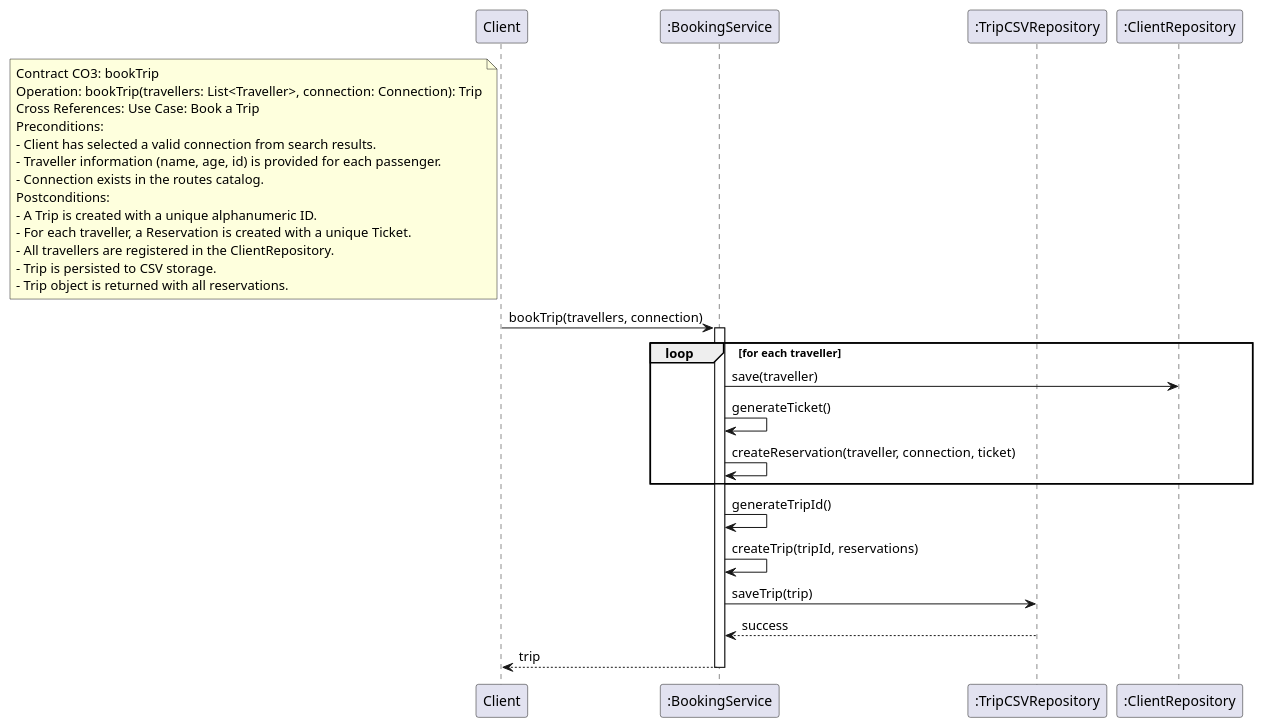
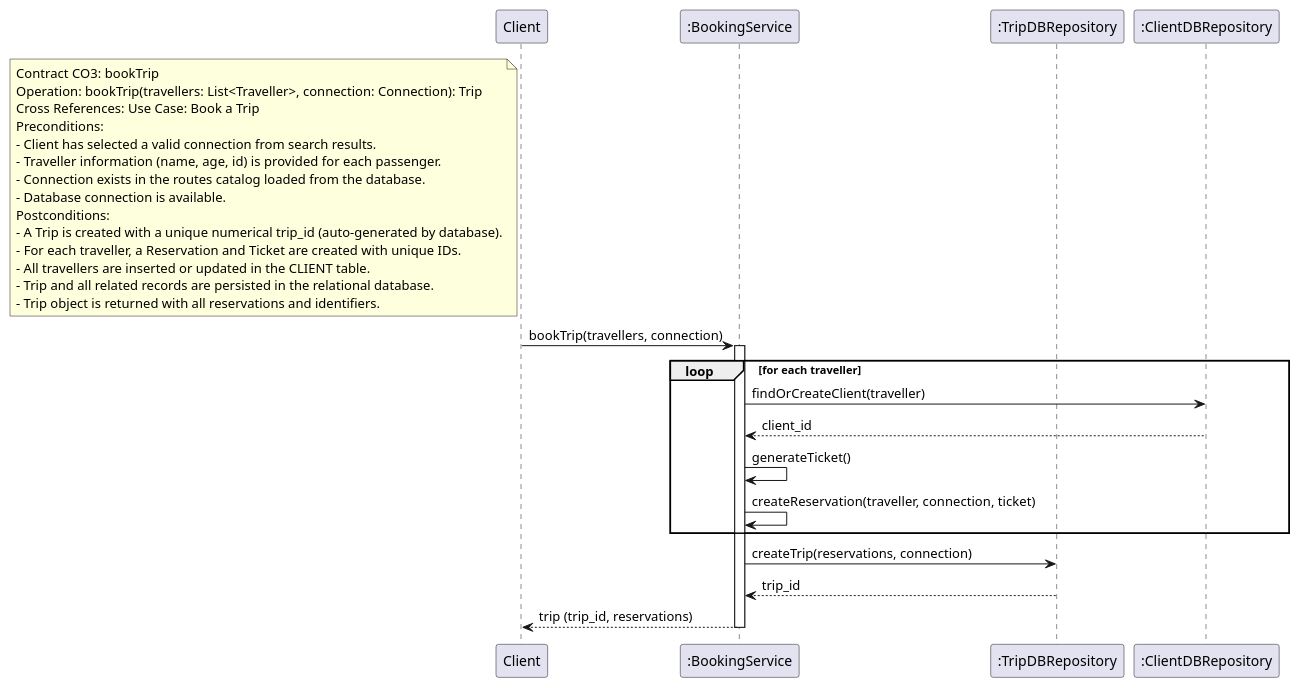
The diagram in artifacts/Iteration3/ssd/ssdco3.pu (antholim/SOEN342), drawn with PlantUML before and after one commit. The commit also changed 10 other files, not shown here.

Commit message:
Updated the contracts and all diagrams

```diff
--- a/artifacts/Iteration3/ssd/ssdco3.pu
+++ b/artifacts/Iteration3/ssd/ssdco3.pu
@@ -1,39 +1,39 @@
 @startuml
 participant Client
 participant ":BookingService"
-participant ":TripCSVRepository"
-participant ":ClientRepository"
+participant ":TripDBRepository"
+participant ":ClientDBRepository"
 
 note left of Client
 Contract CO3: bookTrip
 Operation: bookTrip(travellers: List<Traveller>, connection: Connection): Trip
 Cross References: Use Case: Book a Trip
 Preconditions:
 - Client has selected a valid connection from search results.
 - Traveller information (name, age, id) is provided for each passenger.
-- Connection exists in the routes catalog.
+- Connection exists in the routes catalog loaded from the database.
+- Database connection is available.
 Postconditions:
-- A Trip is created with a unique alphanumeric ID.
-- For each traveller, a Reservation is created with a unique Ticket.
-- All travellers are registered in the ClientRepository.
-- Trip is persisted to CSV storage.
-- Trip object is returned with all reservations.
+- A Trip is created with a unique numerical trip_id (auto-generated by database).
+- For each traveller, a Reservation and Ticket are created with unique IDs.
+- All travellers are inserted or updated in the CLIENT table.
+- Trip and all related records are persisted in the relational database.
+- Trip object is returned with all reservations and identifiers.
 end note
 
 Client -> ":BookingService" : bookTrip(travellers, connection)
 activate ":BookingService"
 
 loop for each traveller
-    ":BookingService" -> ":ClientRepository" : save(traveller)
+    ":BookingService" -> ":ClientDBRepository" : findOrCreateClient(traveller)
+    ":ClientDBRepository" --> ":BookingService" : client_id
     ":BookingService" -> ":BookingService" : generateTicket()
     ":BookingService" -> ":BookingService" : createReservation(traveller, connection, ticket)
 end
 
-":BookingService" -> ":BookingService" : generateTripId()
-":BookingService" -> ":BookingService" : createTrip(tripId, reservations)
-":BookingService" -> ":TripCSVRepository" : saveTrip(trip)
-":TripCSVRepository" --> ":BookingService" : success
-":BookingService" --> Client : trip
+":BookingService" -> ":TripDBRepository" : createTrip(reservations, connection)
+":TripDBRepository" --> ":BookingService" : trip_id
+":BookingService" --> Client : trip (trip_id, reservations)
 
 deactivate ":BookingService"
 @enduml
```
